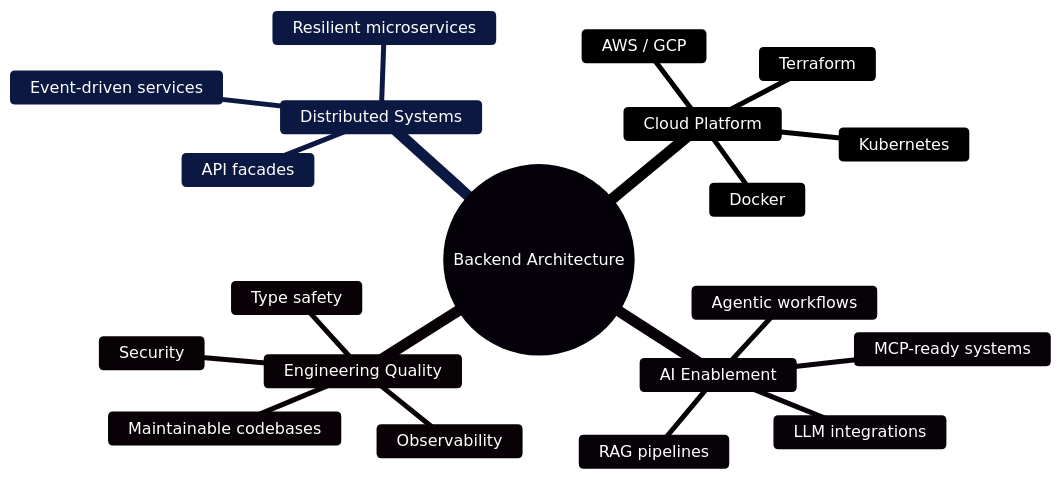
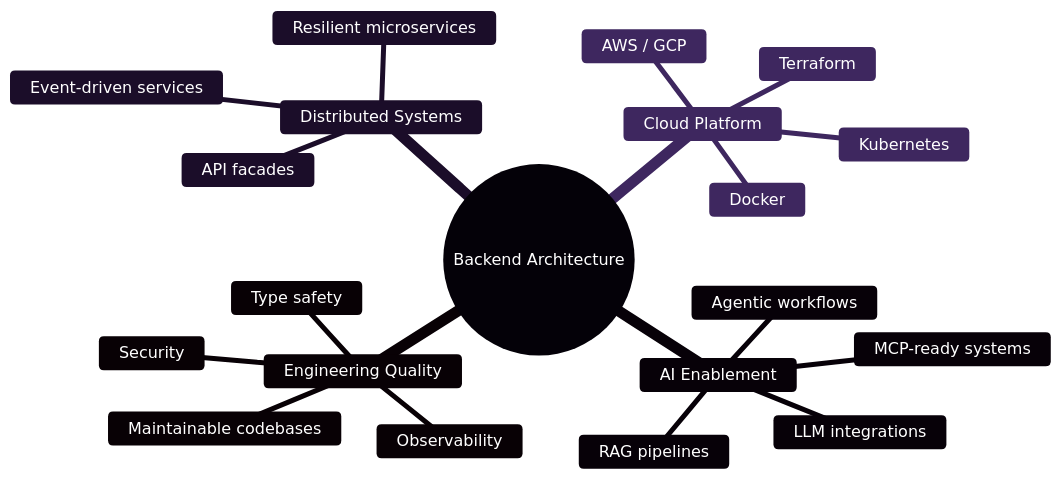
One commit to meghrazchi/meghrazchi changed the first of 2 diagrams in README.md. Above: the diagram before and after it, drawn with Mermaid.

Commit message:
update intersection chart color

````diff
--- a/README.md
+++ b/README.md
@@ -51,24 +51,24 @@
 ```mermaid
-%%{init: {'theme': 'base', 'themeVariables': { 'primaryColor': '#3A1078', 'primaryTextColor': '#FFFFFF', 'primaryBorderColor': '#220A47', 'secondaryColor': '#1E40AF', 'tertiaryColor': '#0F172A', 'lineColor': '#8B5CF6' }}}%%
+%%{init: {'theme': 'base', 'themeVariables': { 'primaryColor': '#3A1078', 'primaryTextColor': '#FFFFFF', 'primaryBorderColor': '#220A47', 'secondaryColor': '#5B2C8A', 'tertiaryColor': '#7A4EB7', 'lineColor': '#3A1078' }}}%%
 mindmap
   root((Backend Architecture))
     Distributed Systems
       Event-driven services
       API facades
       Resilient microservices
     Cloud Platform
       Kubernetes
       AWS / GCP
       Terraform
       Docker
     AI Enablement
       LLM integrations
       RAG pipelines
       Agentic workflows
       MCP-ready systems
     Engineering Quality
       Type safety
       Observability
       Security
       Maintainable codebases
 ```
````
